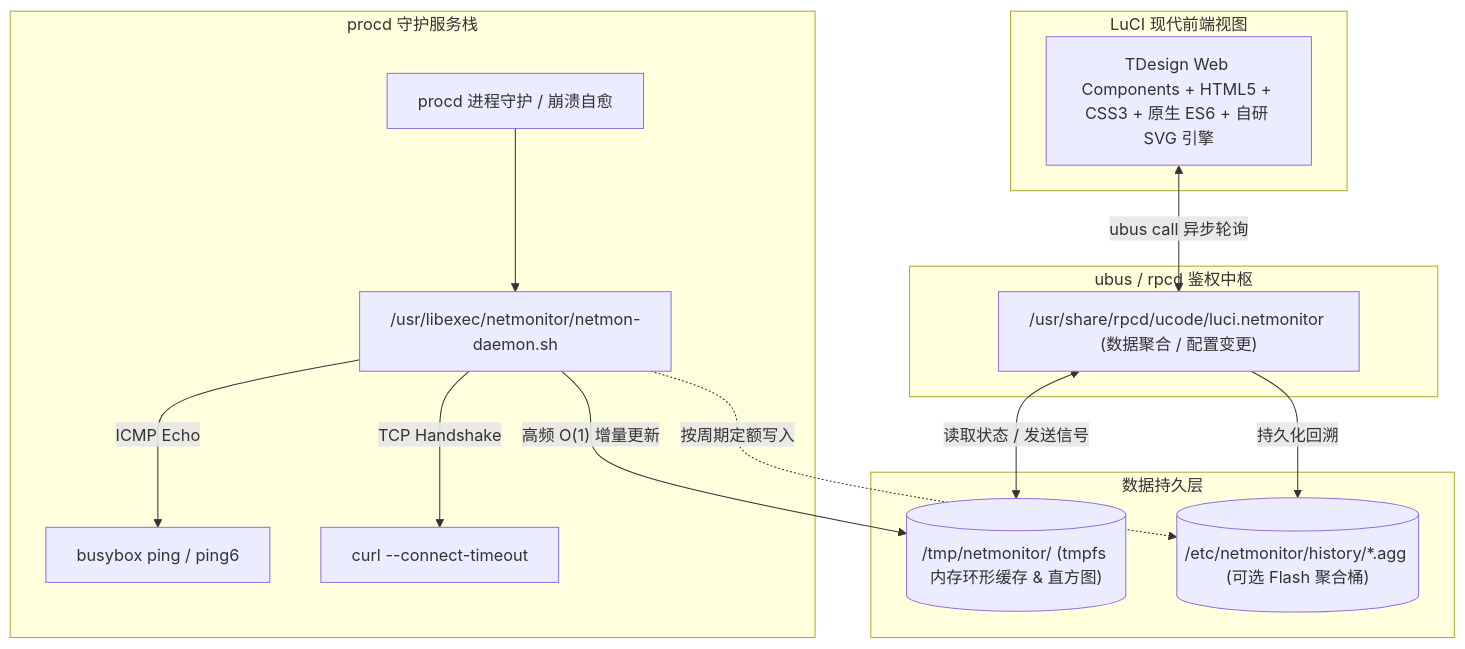
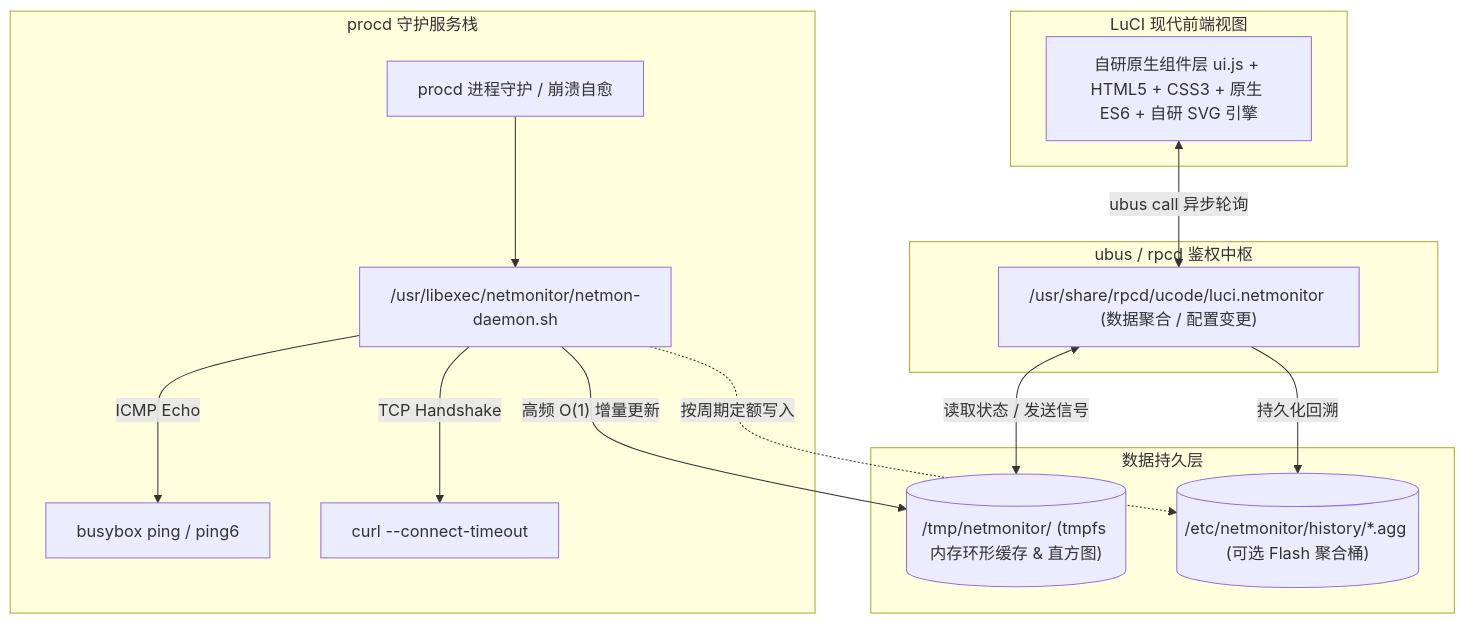
One commit to lllrrr/openwrt-packages changed the diagram in luci-app-netmonitor/README.md. Above: the diagram before and after it, drawn with Mermaid. The commit also changed other lines of this file and 106 other files, not shown here.

````diff
--- a/luci-app-netmonitor/README.md
+++ b/luci-app-netmonitor/README.md
@@ -36,27 +36,27 @@
 ```mermaid
 graph TD
     subgraph Frontend [LuCI 现代前端视图]
-        UI["TDesign Web Components + HTML5 + CSS3 + 原生 ES6 + 自研 SVG 引擎"]
+        UI["自研原生组件层 ui.js + HTML5 + CSS3 + 原生 ES6 + 自研 SVG 引擎"]
     end
 
     subgraph Middleware [ubus / rpcd 鉴权中枢]
         UCODE["/usr/share/rpcd/ucode/luci.netmonitor (数据聚合 / 配置变更)"]
     end
 
     subgraph Daemon [procd 守护服务栈]
         PROCD["procd 进程守护 / 崩溃自愈"] --> SCRIPT["/usr/libexec/netmonitor/netmon-daemon.sh"]
         SCRIPT -->|"ICMP Echo"| PING["busybox ping / ping6"]
         SCRIPT -->|"TCP Handshake"| CURL["curl --connect-timeout"]
     end
 
     subgraph Storage [数据持久层]
         TMPFS[("/tmp/netmonitor/ (tmpfs 内存环形缓存 & 直方图)")]
         FLASH[("/etc/netmonitor/history/*.agg (可选 Flash 聚合桶)")]
     end
 
     UI <-->|"ubus call 异步轮询"| UCODE
     UCODE <-->|"读取状态 / 发送信号"| TMPFS
     UCODE -->|"持久化回溯"| FLASH
     SCRIPT -->|"高频 O(1) 增量更新"| TMPFS
     SCRIPT -.->|"按周期定额写入"| FLASH
 ```
````
